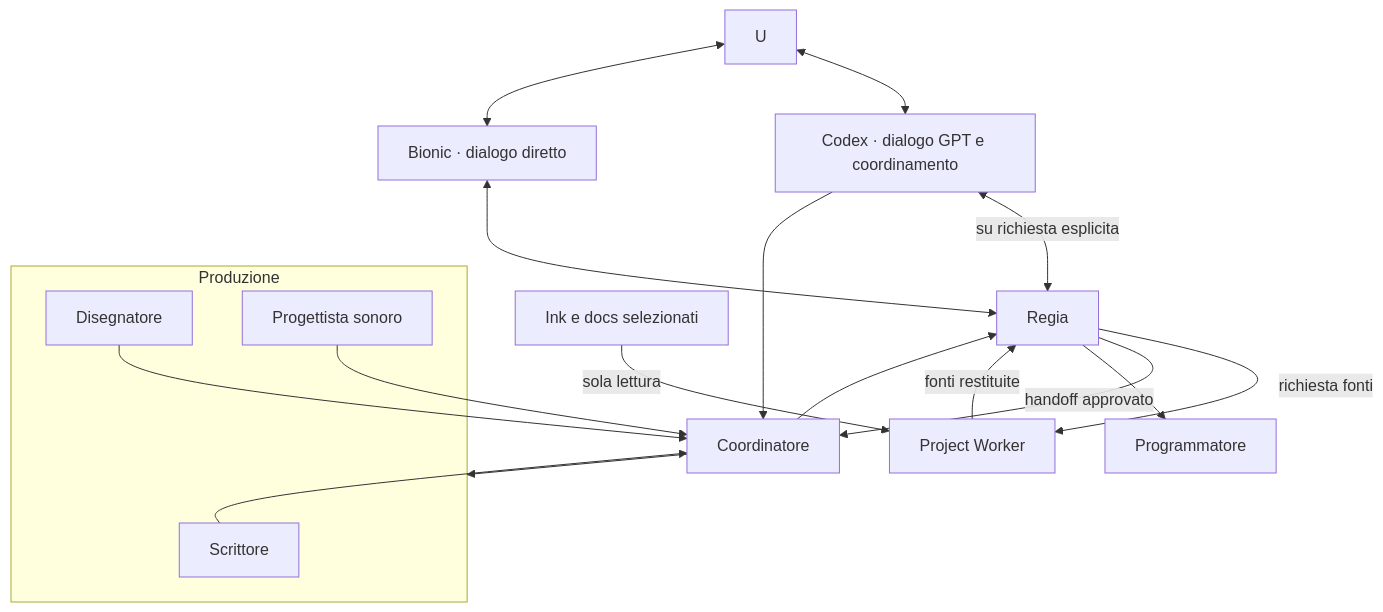
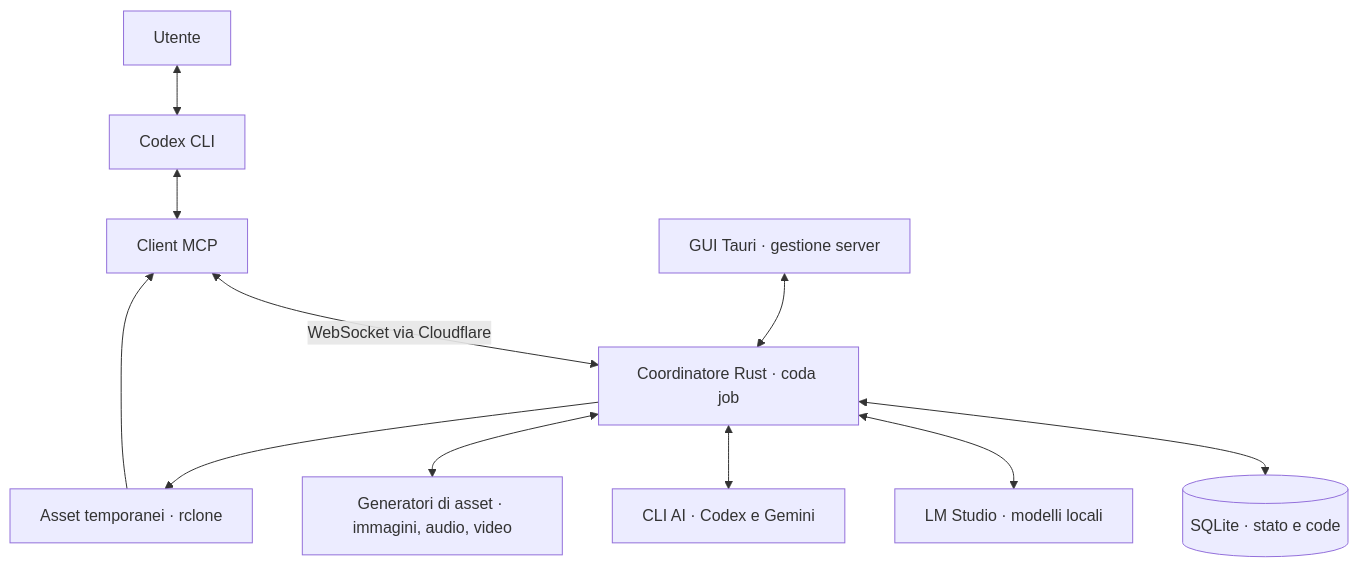
Before and after one commit to DRincs-Productions/LM-Studio: the first of 10 diagrams in README.md, drawn with Mermaid. The commit also changed other lines of this file, not shown here.

Commit message:
docs: simplify architecture to Codex MCP WebSocket and Rust job coordinator

````diff
--- a/README.md
+++ b/README.md
@@ -54,23 +54,13 @@
 ```mermaid
 flowchart TD
-    U <--> X[Codex · dialogo GPT e coordinamento]
-    U <--> B[Bionic · dialogo diretto]
-    X <-->|su richiesta esplicita| R[Regia]
-    B <--> R
-    R -->|richiesta fonti| PW[Project Worker]
-    F[Ink e docs selezionati] -->|sola lettura| PW
-    PW -->|fonti restituite| R
-    X --> C[Coordinatore]
-    R -->|handoff approvato| C
-    C --> PRODUZIONE
-    subgraph PRODUZIONE[Produzione]
-        W[Scrittore]
-        D[Disegnatore]
-        S[Progettista sonoro]
-    end
-    W --> C
-    D --> C
-    S --> C
-    C --> R
-    R --> P[Programmatore]
+    U[Utente] <--> X[Codex CLI]
+    X <--> M[Client MCP]
+    M <-->|WebSocket via Cloudflare| C[Coordinatore Rust · coda job]
+    C <--> Q[(SQLite · stato e code)]
+    C <--> L[LM Studio · modelli locali]
+    C <--> A[CLI AI · Codex e Gemini]
+    C <--> G[Generatori di asset · immagini, audio, video]
+    C --> F[Asset temporanei · rclone]
+    F --> M
+    T[GUI Tauri · gestione server] <--> C
 ```
````
